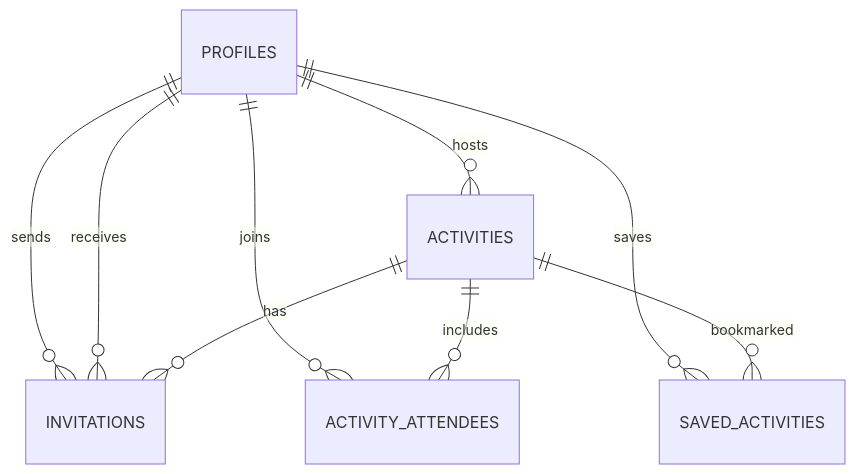
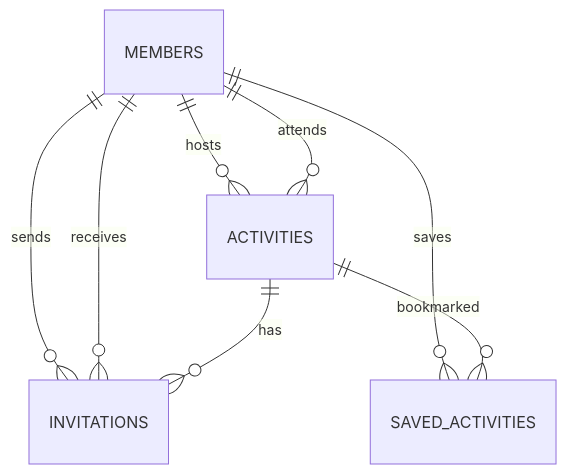
One commit to charifmahmoudi/Invite-someone-app changed the diagram in docs/DATA_MODEL.md. Above: the diagram before and after it, drawn with Mermaid. The commit also changed other lines of this file and 40 other files, not shown here.

````diff
--- a/docs/DATA_MODEL.md
+++ b/docs/DATA_MODEL.md
@@ -7,11 +7,10 @@
 ```mermaid
 erDiagram
-  PROFILES ||--o{ ACTIVITIES : hosts
-  PROFILES ||--o{ INVITATIONS : sends
-  PROFILES ||--o{ INVITATIONS : receives
+  MEMBERS ||--o{ ACTIVITIES : hosts
+  MEMBERS ||--o{ INVITATIONS : sends
+  MEMBERS ||--o{ INVITATIONS : receives
   ACTIVITIES ||--o{ INVITATIONS : has
-  PROFILES ||--o{ ACTIVITY_ATTENDEES : joins
-  ACTIVITIES ||--o{ ACTIVITY_ATTENDEES : includes
-  PROFILES ||--o{ SAVED_ACTIVITIES : saves
+  MEMBERS ||--o{ ACTIVITIES : attends
+  MEMBERS ||--o{ SAVED_ACTIVITIES : saves
   ACTIVITIES ||--o{ SAVED_ACTIVITIES : bookmarked
 ```
````
